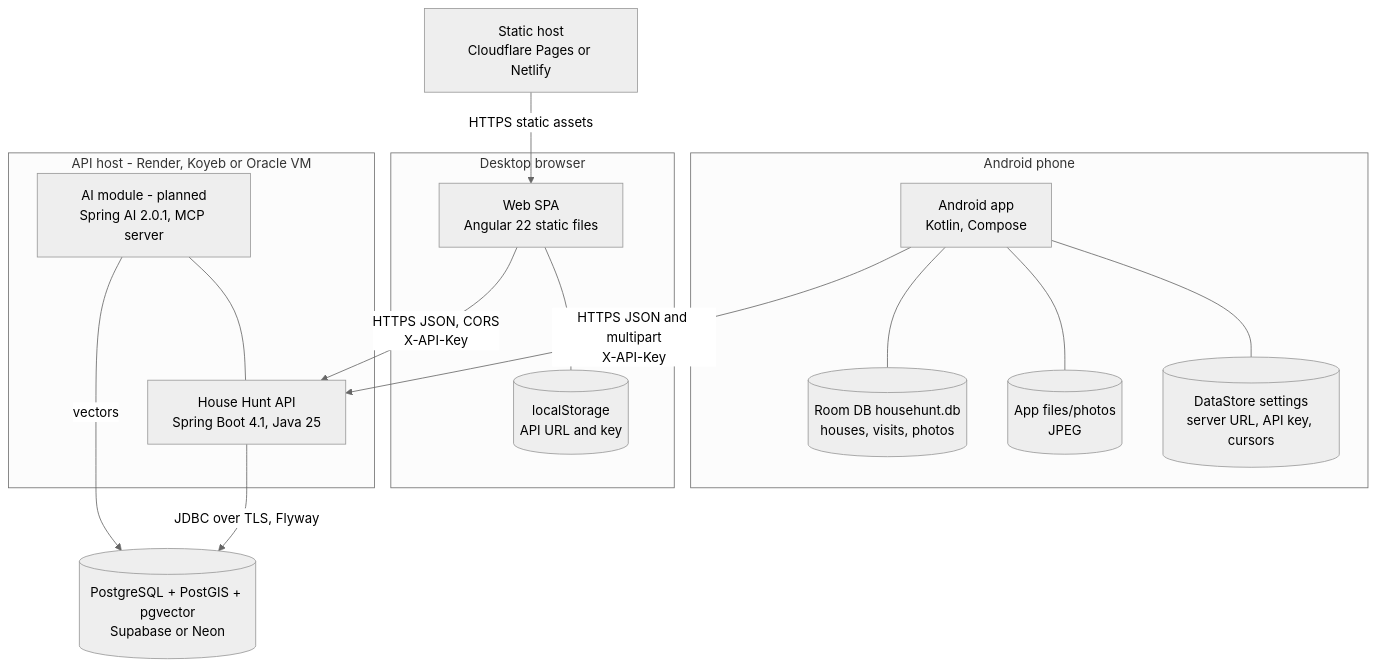
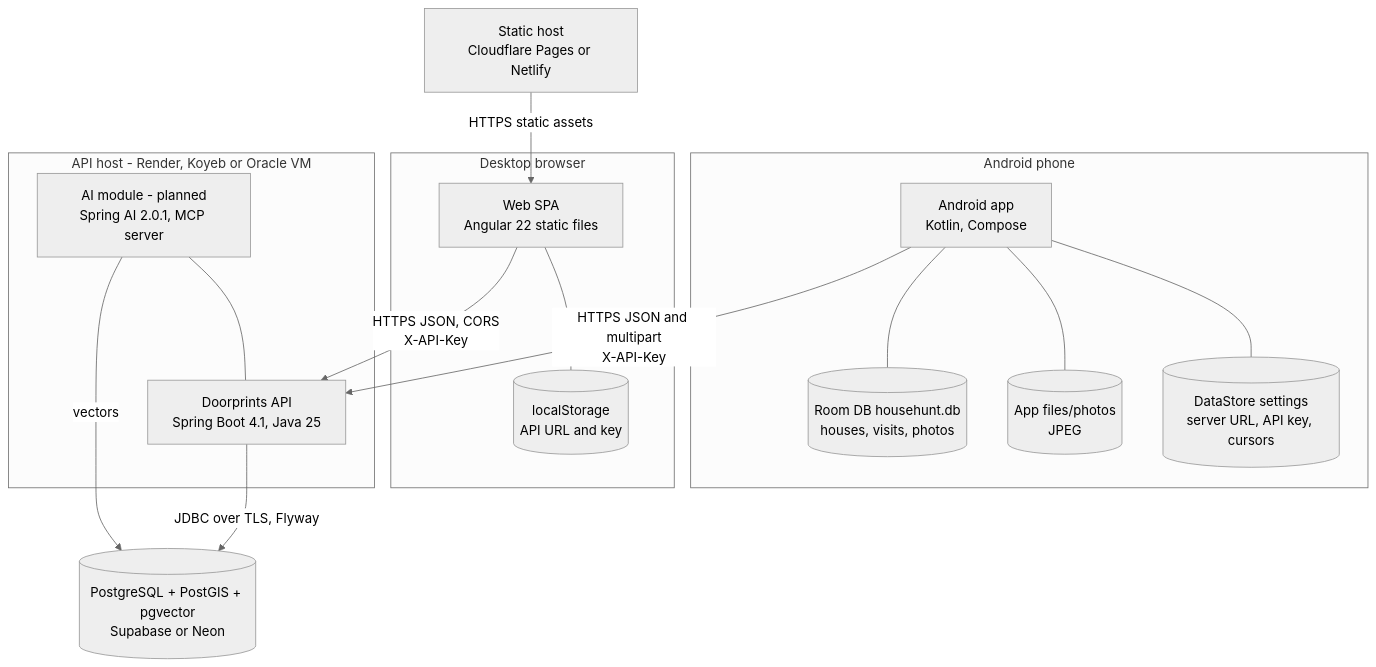
One commit to Sriram-Codes-SW/doorprints changed the second of 15 diagrams in docs/03-design.md. Above: the diagram before and after it, drawn with Mermaid (neutral theme). The commit also changed other lines of this file and 54 other files, not shown here.

````diff
--- a/docs/03-design.md
+++ b/docs/03-design.md
@@ -64,29 +65,29 @@
 ```mermaid
 flowchart TB
     subgraph phone["Android phone"]
         app["Android app<br/>Kotlin, Compose"]
         room[("Room DB househunt.db<br/>houses, visits, photos")]
         files[("App files/photos<br/>JPEG")]
         ds[("DataStore settings<br/>server URL, API key, cursors")]
         app --- room
         app --- files
         app --- ds
     end
     subgraph browser["Desktop browser"]
         spa["Web SPA<br/>Angular 22 static files"]
         ls[("localStorage<br/>API URL and key")]
         spa --- ls
     end
     cdn["Static host<br/>Cloudflare Pages or Netlify"]
     subgraph apihost["API host - Render, Koyeb or Oracle VM"]
-        api["House Hunt API<br/>Spring Boot 4.1, Java 25"]
+        api["Doorprints API<br/>Spring Boot 4.1, Java 25"]
         ai["AI module - planned<br/>Spring AI 2.0.1, MCP server"]
     end
     db[("PostgreSQL + PostGIS + pgvector<br/>Supabase or Neon")]
     cdn -->|"HTTPS static assets"| spa
     app -->|"HTTPS JSON and multipart<br/>X-API-Key"| api
     spa -->|"HTTPS JSON, CORS<br/>X-API-Key"| api
     api -->|"JDBC over TLS, Flyway"| db
     ai --- api
     ai -->|"vectors"| db
 ```
````
